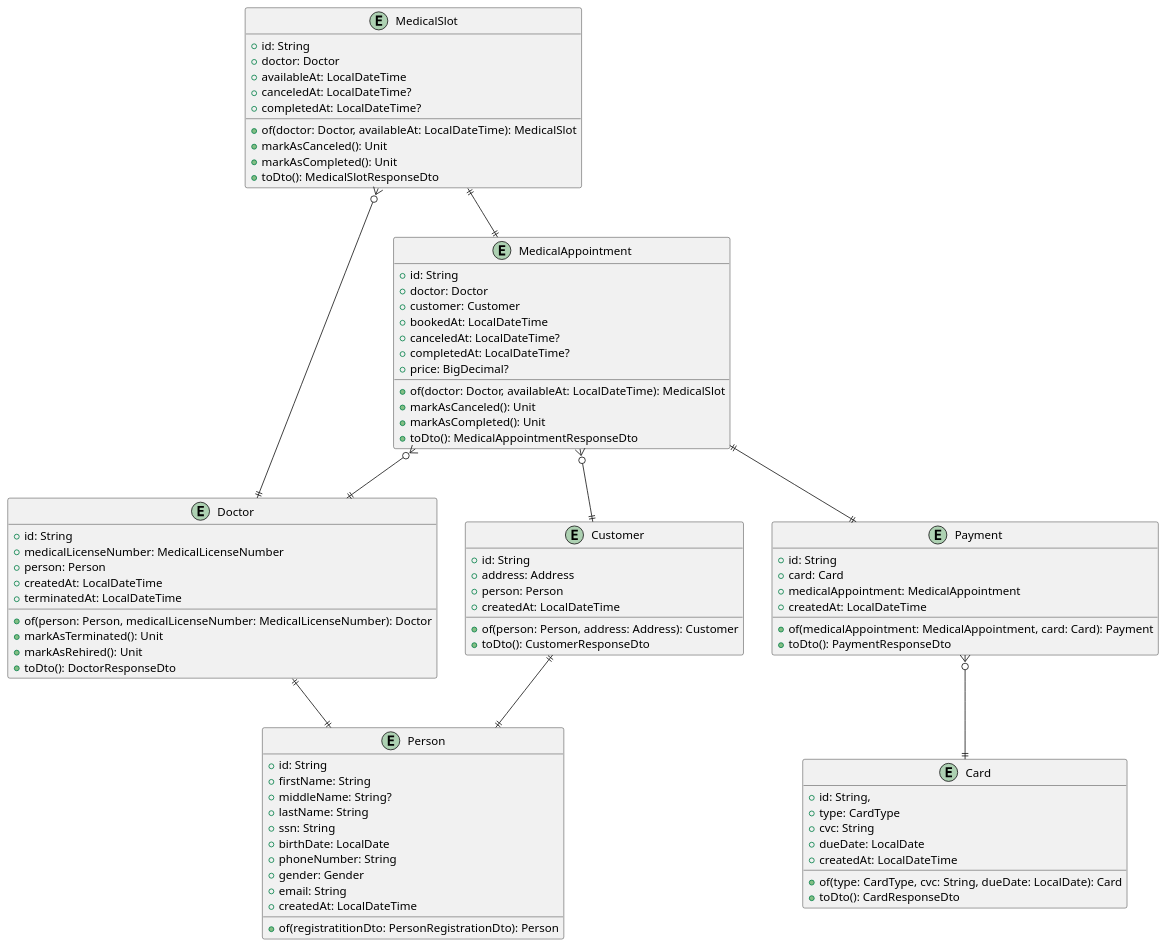
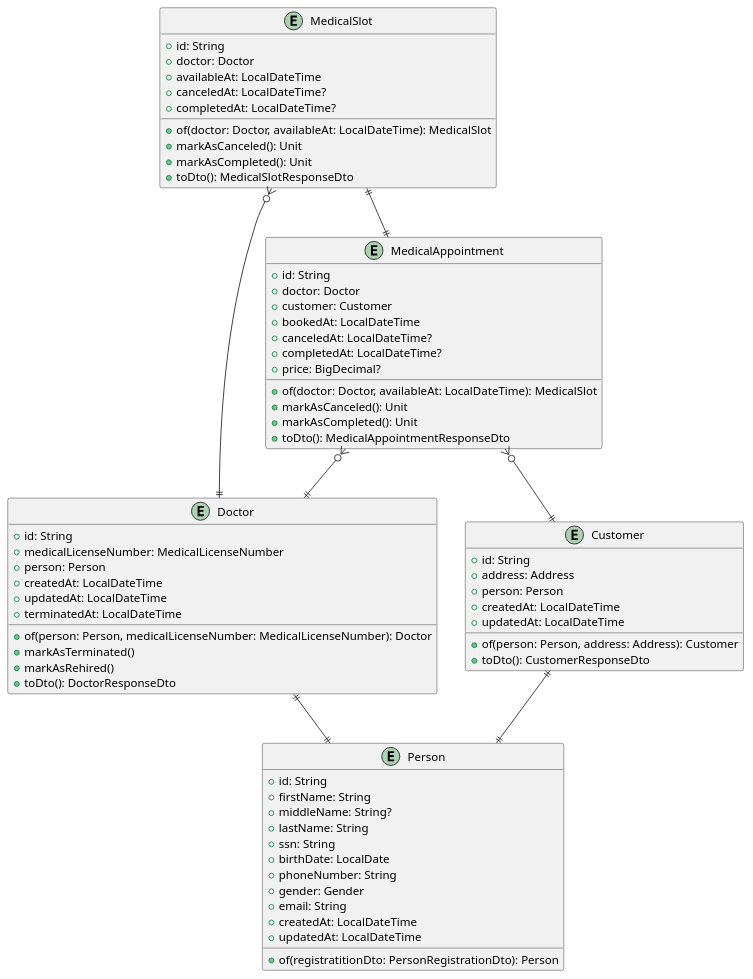
Before and after one commit to LazaroDamasceno/Dissertacao-Mestrado: the diagram in codes/erd_code.wsd, drawn with PlantUML. The commit also changed 2 other files, not shown here.

```diff
--- a/codes/erd_code.wsd
+++ b/codes/erd_code.wsd
@@ -1,99 +1,79 @@
 @startuml
 
 entity "Person" {
  +id: String
  +firstName: String
  +middleName: String?
  +lastName: String
  +ssn: String
  +birthDate: LocalDate
  +phoneNumber: String
  +gender: Gender
  +email: String
  +createdAt: LocalDateTime
+ +updatedAt: LocalDateTime
  
  +of(registratitionDto: PersonRegistrationDto): Person
 }
 
 entity "Customer" {
  +id: String
  +address: Address
  +person: Person
  +createdAt: LocalDateTime
+ +updatedAt: LocalDateTime
  
  +of(person: Person, address: Address): Customer
  +toDto(): CustomerResponseDto
 }
 
 entity "Doctor" {
  +id: String
  +medicalLicenseNumber: MedicalLicenseNumber
  +person: Person
  +createdAt: LocalDateTime
+ +updatedAt: LocalDateTime
  +terminatedAt: LocalDateTime
  
  +of(person: Person, medicalLicenseNumber: MedicalLicenseNumber): Doctor
- +markAsTerminated(): Unit
- +markAsRehired(): Unit
+ +markAsTerminated()
+ +markAsRehired()
  +toDto(): DoctorResponseDto
 }
 
 entity "MedicalSlot" {
   +id: String
   +doctor: Doctor
   +availableAt: LocalDateTime
   +canceledAt: LocalDateTime?
   +completedAt: LocalDateTime?
   
   +of(doctor: Doctor, availableAt: LocalDateTime): MedicalSlot
   +markAsCanceled(): Unit
   +markAsCompleted(): Unit
   +toDto(): MedicalSlotResponseDto
 }
 
 entity "MedicalAppointment" {
   +id: String
   + doctor: Doctor
   + customer: Customer
   +bookedAt: LocalDateTime
   +canceledAt: LocalDateTime?
   +completedAt: LocalDateTime?
   +price: BigDecimal?
   
   +of(doctor: Doctor, availableAt: LocalDateTime): MedicalSlot
   +markAsCanceled(): Unit
   +markAsCompleted(): Unit
   +toDto(): MedicalAppointmentResponseDto
 }
 
-entity "Card" {
-  +id: String,
-  +type: CardType
-  +cvc: String
-  +dueDate: LocalDate
-  +createdAt: LocalDateTime
-  
-  +of(type: CardType, cvc: String, dueDate: LocalDate): Card
-  +toDto(): CardResponseDto
-}
-
-entity "Payment" {
-  +id: String
-  +card: Card
-  +medicalAppointment: MedicalAppointment
-  +createdAt: LocalDateTime
-  
-  + of(medicalAppointment: MedicalAppointment, card: Card): Payment
-  +toDto(): PaymentResponseDto
-}
-
 Customer ||--|| Person
 Doctor ||--|| Person
 MedicalSlot }o--|| Doctor
 MedicalAppointment }o--|| Doctor
 MedicalAppointment }o--|| Customer
 MedicalSlot ||--|| MedicalAppointment
-Payment }o--|| Card
-MedicalAppointment ||--|| Payment
 
 @enduml
```
